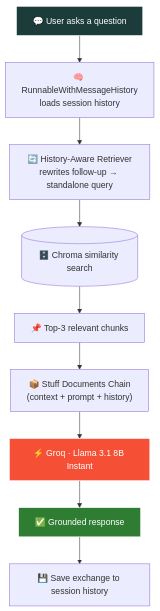
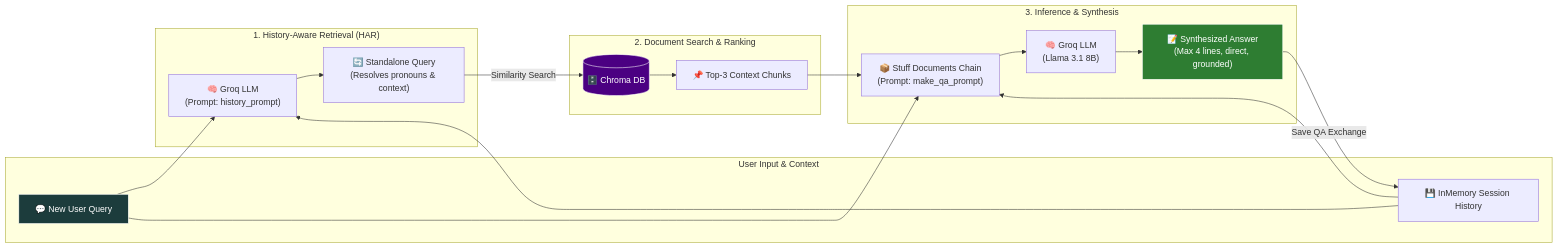
The second of 2 diagrams in README.md (itslokeshx/Unmasked), drawn with Mermaid before and after one commit. The commit also changed other lines of this file, not shown here.

Commit message:
docs: update architecture documentation with parallel bootstrapping and keep-alive flow diagrams

````diff
--- a/README.md
+++ b/README.md
@@ -135,15 +166,36 @@
 ```mermaid
-flowchart TD
-    A["💬 User asks a question"] --> B["🧠 RunnableWithMessageHistory\nloads session history"]
-    B --> C["🔄 History-Aware Retriever\nrewrites follow-up → standalone query"]
-    C --> D[("🗄️ Chroma similarity search")]
-    D --> E["📌 Top-3 relevant chunks"]
-    E --> F["📦 Stuff Documents Chain\n(context + prompt + history)"]
-    F --> G["⚡ Groq · Llama 3.1 8B Instant"]
-    G --> H["✅ Grounded response"]
-    H --> I["💾 Save exchange to session history"]
+flowchart LR
+    subgraph Input ["User Input & Context"]
+        A["💬 New User Query"]
+        B["💾 InMemory Session History"]
+    end
+
+    subgraph QueryRewriter ["1. History-Aware Retrieval (HAR)"]
+        C["🧠 Groq LLM\n(Prompt: history_prompt)"]
+        D["🔄 Standalone Query\n(Resolves pronouns & context)"]
+    end
+
+    subgraph VectorSearch ["2. Document Search & Ranking"]
+        E[("🗄️ Chroma DB")]
+        F["📌 Top-3 Context Chunks"]
+    end
+
+    subgraph AnswerGen ["3. Inference & Synthesis"]
+        G["📦 Stuff Documents Chain\n(Prompt: make_qa_prompt)"]
+        H["🧠 Groq LLM\n(Llama 3.1 8B)"]
+        I["📝 Synthesized Answer\n(Max 4 lines, direct, grounded)"]
+    end
+
+    A & B --> C
+    C --> D
+    D -->|Similarity Search| E
+    E --> F
+    F & B & A --> G
+    G --> H
+    H --> I
+    I -->|Save QA Exchange| B
 
     style A fill:#1C3C3C,stroke:#fff,color:#fff
-    style G fill:#F55036,stroke:#fff,color:#fff
-    style H fill:#2E7D32,stroke:#fff,color:#fff
+    style E fill:#4B0082,stroke:#fff,color:#fff
+    style I fill:#2E7D32,stroke:#fff,color:#fff
 ```
````
